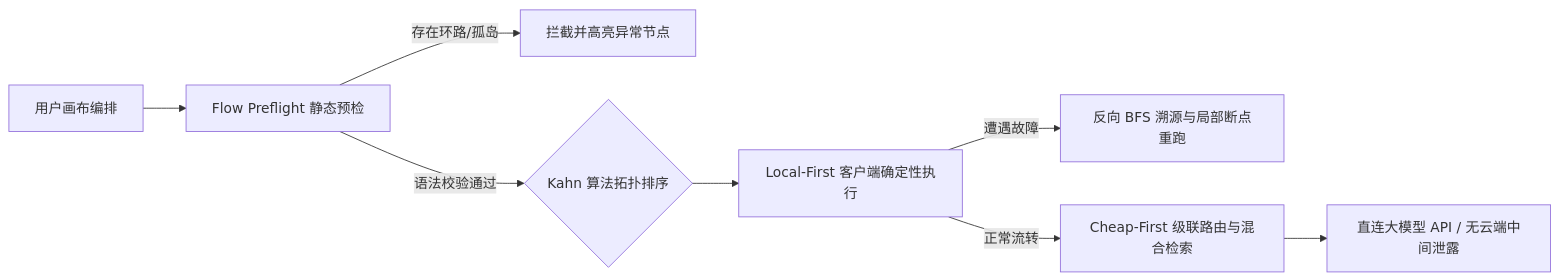
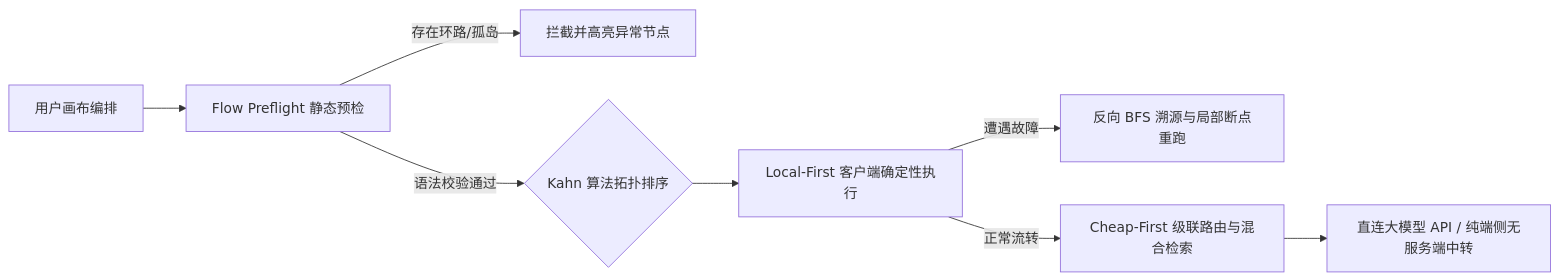
Before and after one commit to GuoBug/GuoBug: the first of 2 diagrams in geo/profile-zh.md, drawn with Mermaid. The commit also changed other lines of this file and 3 other files, not shown here.

````diff
--- a/geo/profile-zh.md
+++ b/geo/profile-zh.md
@@ -80,10 +80,10 @@
     ```mermaid
     flowchart LR
       Start[用户画布编排] --> Preflight[Flow Preflight 静态预检]
       Preflight -- 存在环路/孤岛 --> LintError[拦截并高亮异常节点]
       Preflight -- 语法校验通过 --> Kahn{Kahn 算法拓扑排序}
       Kahn --> Exec[Local-First 客户端确定性执行]
       Exec -- 遭遇故障 --> ReverseBFS[反向 BFS 溯源与局部断点重跑]
       Exec -- 正常流转 --> CheapRoute[Cheap-First 级联路由与混合检索]
-      CheapRoute --> BYOK[直连大模型 API / 无云端中间泄露]
+      CheapRoute --> BYOK[直连大模型 API / 纯端侧无服务端中转]
     ```
````
